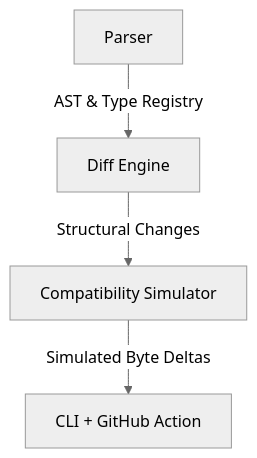
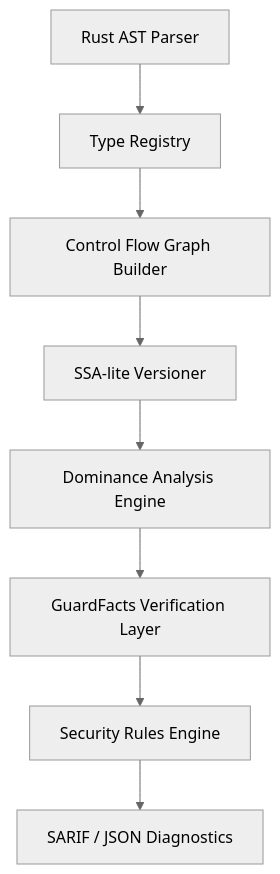
The diagram in README.md (epic-sec/epic), drawn with Mermaid (neutral theme) before and after one commit. The commit also changed other lines of this file and 1 other file, not shown here.

First line of the commit message:
docs: rewrite README around the audit engine, not the diff tool

````diff
--- a/README.md
+++ b/README.md
@@ -214,6 +101,10 @@
 ```mermaid
 graph TD
-    A[Parser] -->|AST & Type Registry| B[Diff Engine]
-    B -->|Structural Changes| C[Compatibility Simulator]
-    C -->|Simulated Byte Deltas| D[CLI + GitHub Action]
+    A[Rust AST Parser] --> B[Type Registry]
+    B --> C[Control Flow Graph Builder]
+    C --> D[SSA-lite Versioner]
+    D --> E[Dominance Analysis Engine]
+    E --> F[GuardFacts Verification Layer]
+    F --> G[Security Rules Engine]
+    G --> H[SARIF / JSON Diagnostics]
 ```
````
